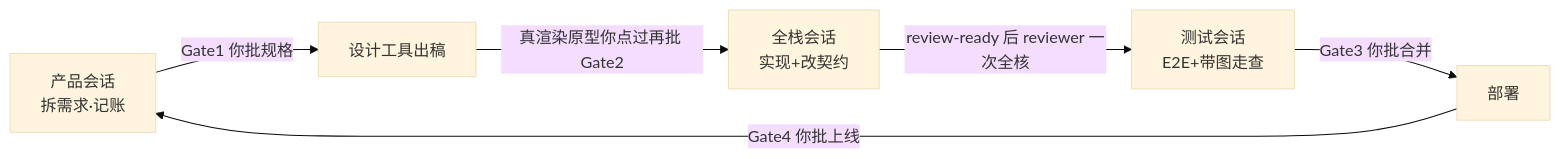
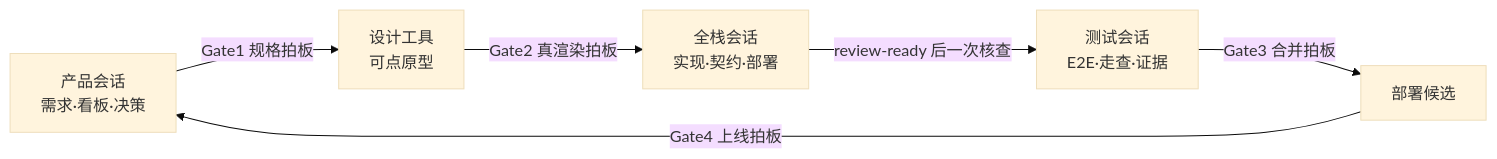
One commit to HaiYangBG1/BuildBeat changed the diagram in README.md. Above: the diagram before and after it, drawn with Mermaid (base theme). The commit also changed other lines of this file and 14 other files, not shown here.

````diff
--- a/README.md
+++ b/README.md
@@ -83,8 +118,8 @@
 ```mermaid
 flowchart LR
-    PM["产品会话<br/>拆需求·记账"] -->|"Gate1 你批规格"| Design["设计工具出稿"]
-    Design -->|"真渲染原型你点过再批 Gate2"| Deliver["全栈会话<br/>实现+改契约"]
-    Deliver -->|"review-ready 后 reviewer 一次全核"| Verify["测试会话<br/>E2E+带图走查"]
-    Verify -->|"Gate3 你批合并"| Deploy["部署"]
-    Deploy -->|"Gate4 你批上线"| PM
+    PM["产品会话<br/>需求·看板·决策"] -->|"Gate1 规格拍板"| Design["设计工具<br/>可点原型"]
+    Design -->|"Gate2 真渲染拍板"| Deliver["全栈会话<br/>实现·契约·部署"]
+    Deliver -->|"review-ready 后一次核查"| Verify["测试会话<br/>E2E·走查·证据"]
+    Verify -->|"Gate3 合并拍板"| Deploy["部署候选"]
+    Deploy -->|"Gate4 上线拍板"| PM
 ```
````
